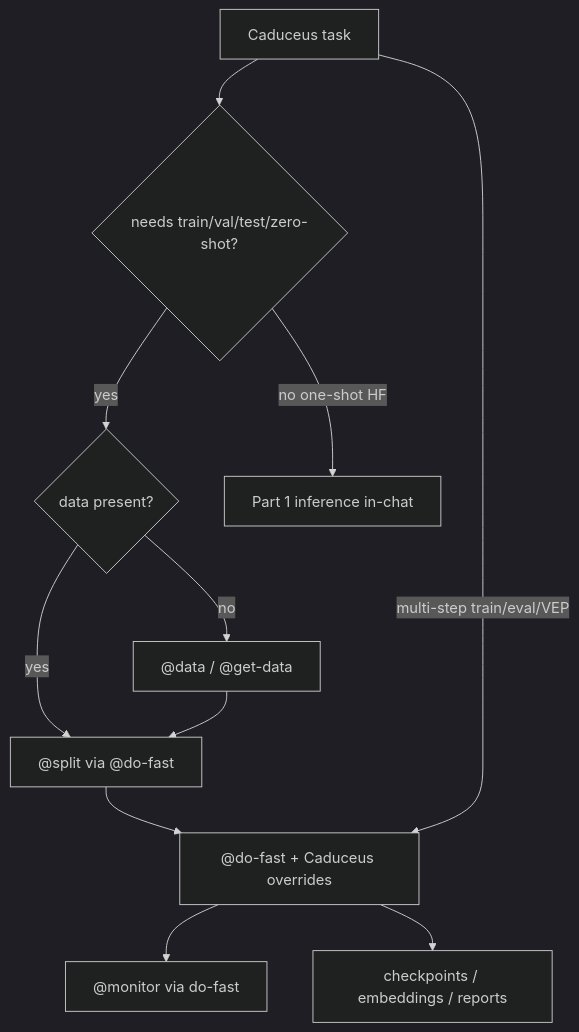
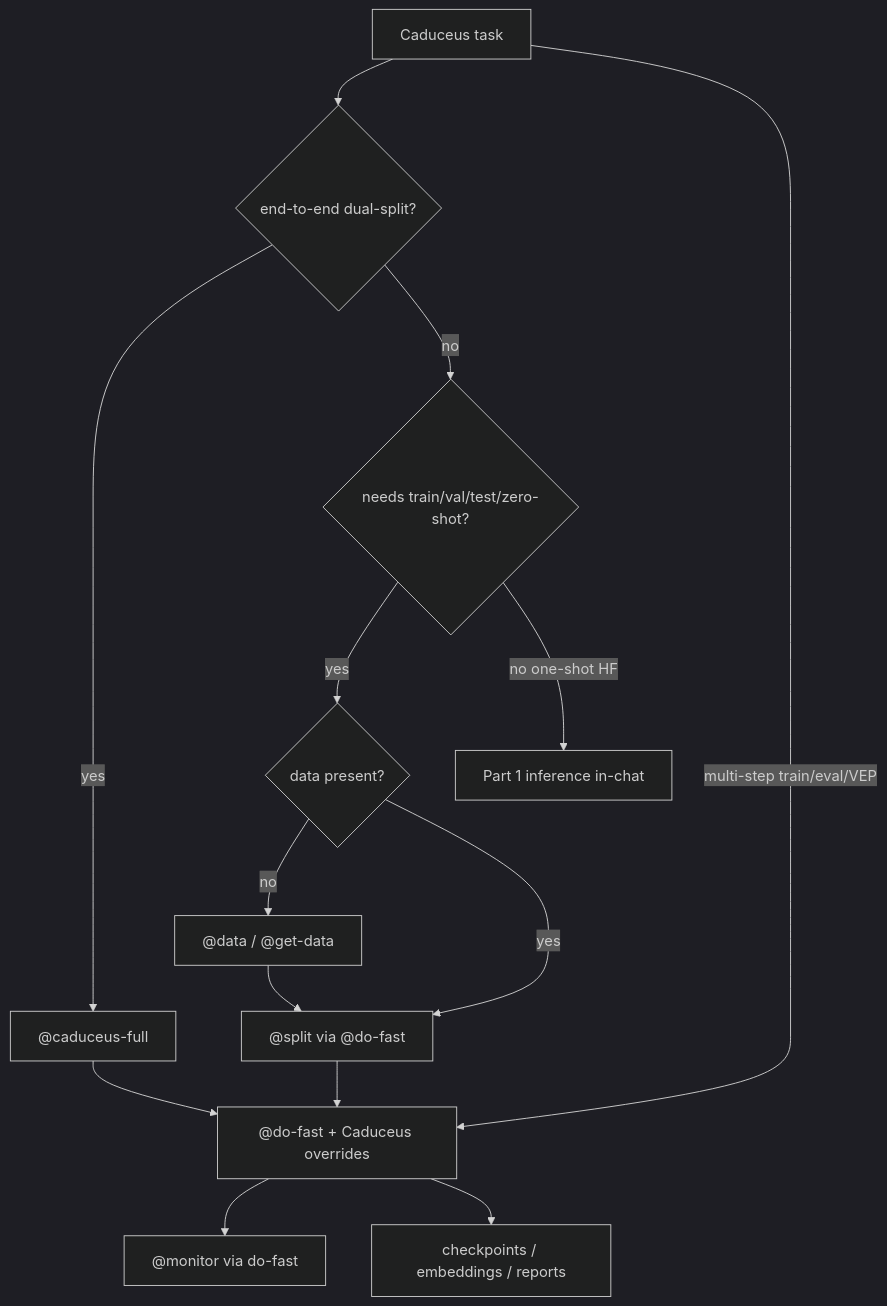
One commit to Sirius-Back/Giga_Mario changed the eighth of 8 diagrams in skills.md. Above: the diagram before and after it, drawn with Mermaid (dark theme). The commit also changed other lines of this file and 151 other files, not shown here.

````diff
--- a/skills.md
+++ b/skills.md
@@ -277,13 +287,16 @@
 ```mermaid
 flowchart TD
-  need[Caduceus task] --> folds{needs train/val/test/zero-shot?}
+  need[Caduceus task] --> full{end-to-end dual-split?}
+  full -->|yes| cfull["@caduceus-full"]
+  full -->|no| folds{needs train/val/test/zero-shot?}
   folds -->|yes| dataok{data present?}
   dataok -->|no| data["@data / @get-data"]
   dataok -->|yes| split
   data --> split["@split via @do-fast"]
   folds -->|no one-shot HF| hf[Part 1 inference in-chat]
   split --> dofast["@do-fast + Caduceus overrides"]
   need -->|multi-step train/eval/VEP| dofast
+  cfull --> dofast
   dofast --> mon["@monitor via do-fast"]
   dofast --> out[checkpoints / embeddings / reports]
 ```
````
